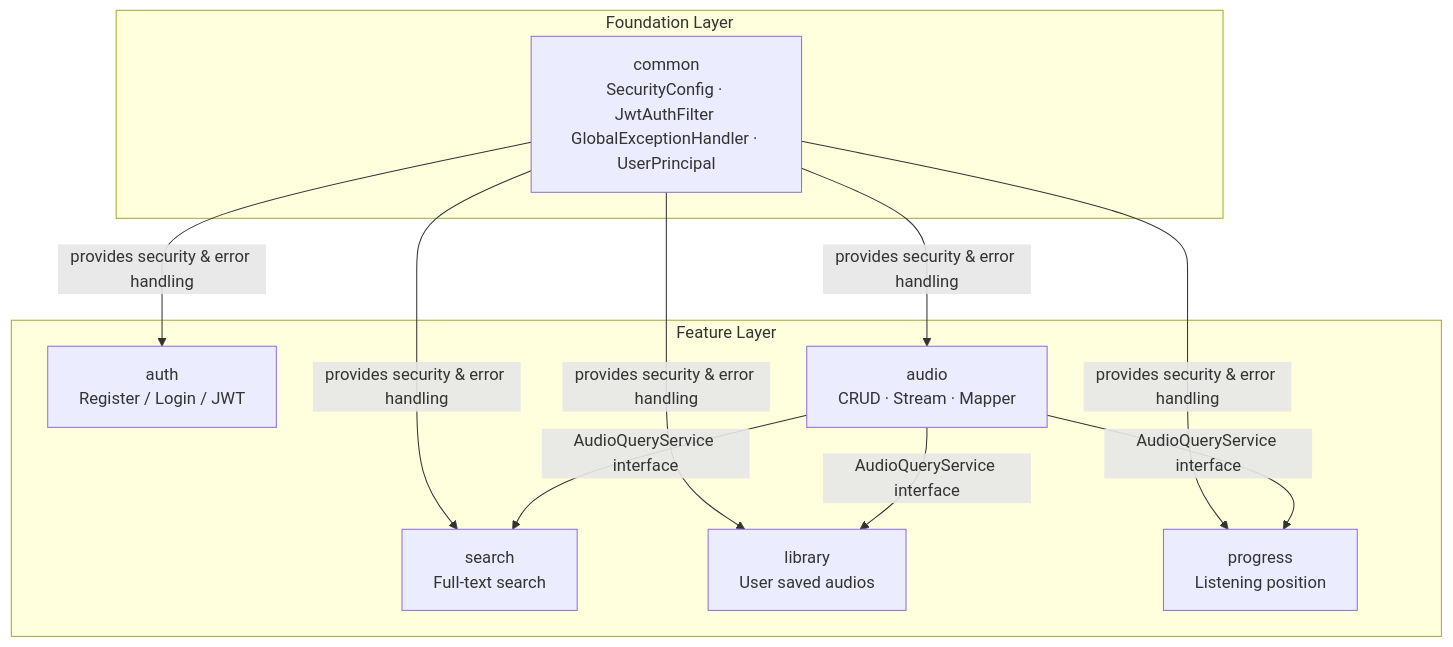
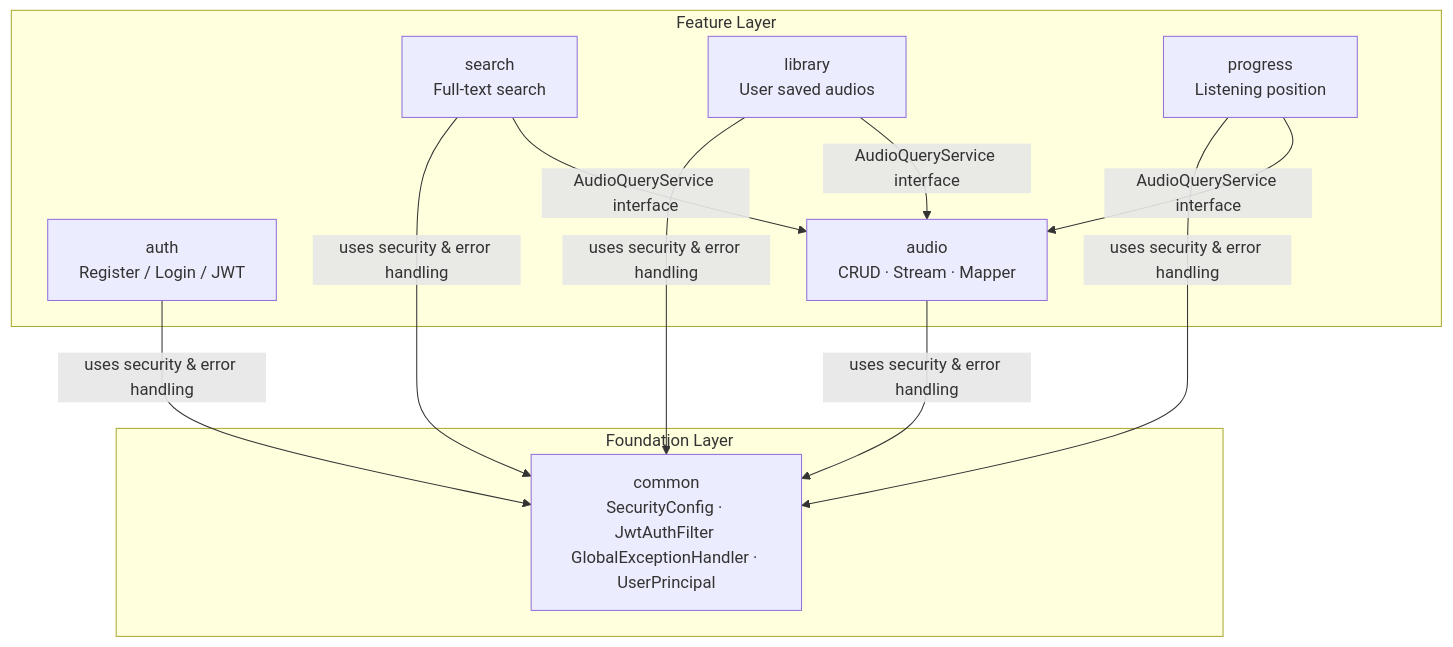
The second of 18 diagrams in audiostreaming/doc/component-diagrams.md (hazoe-dev/audio-streaming-platform), drawn with Mermaid before and after one commit. The commit also changed other lines of this file, not shown here.

Commit message:
doc: update arrows in component diagrams to reflect dependencies in the correct direction

````diff
--- a/audiostreaming/doc/component-diagrams.md
+++ b/audiostreaming/doc/component-diagrams.md
@@ -29,24 +29,24 @@
 ```mermaid
 graph TB
     subgraph Foundation["Foundation Layer"]
         common["common<br/>SecurityConfig · JwtAuthFilter <br/>GlobalExceptionHandler · UserPrincipal"]
     end
 
     subgraph Feature["Feature Layer"]
         auth["auth<br/>Register / Login / JWT"]
         audio["audio<br/>CRUD · Stream · Mapper"]
         search["search<br/>Full-text search"]
         library["library<br/>User saved audios"]
         progress["progress<br/>Listening position"]
     end
 
-    common -->|"provides security & error handling"| auth
-    common -->|"provides security & error handling"| audio
-    common -->|"provides security & error handling"| search
-    common -->|"provides security & error handling"| library
-    common -->|"provides security & error handling"| progress
+    auth     -->|"uses security & error handling"| common
+    audio    -->|"uses security & error handling"| common
+    search   -->|"uses security & error handling"| common
+    library  -->|"uses security & error handling"| common
+    progress -->|"uses security & error handling"| common
 
-    audio -->|"AudioQueryService interface"| library
-    audio -->|"AudioQueryService interface"| progress
-    audio -->|"AudioQueryService interface"| search
+    library  -->|"AudioQueryService interface"| audio
+    progress -->|"AudioQueryService interface"| audio
+    search   -->|"AudioQueryService interface"| audio
 ```
````
